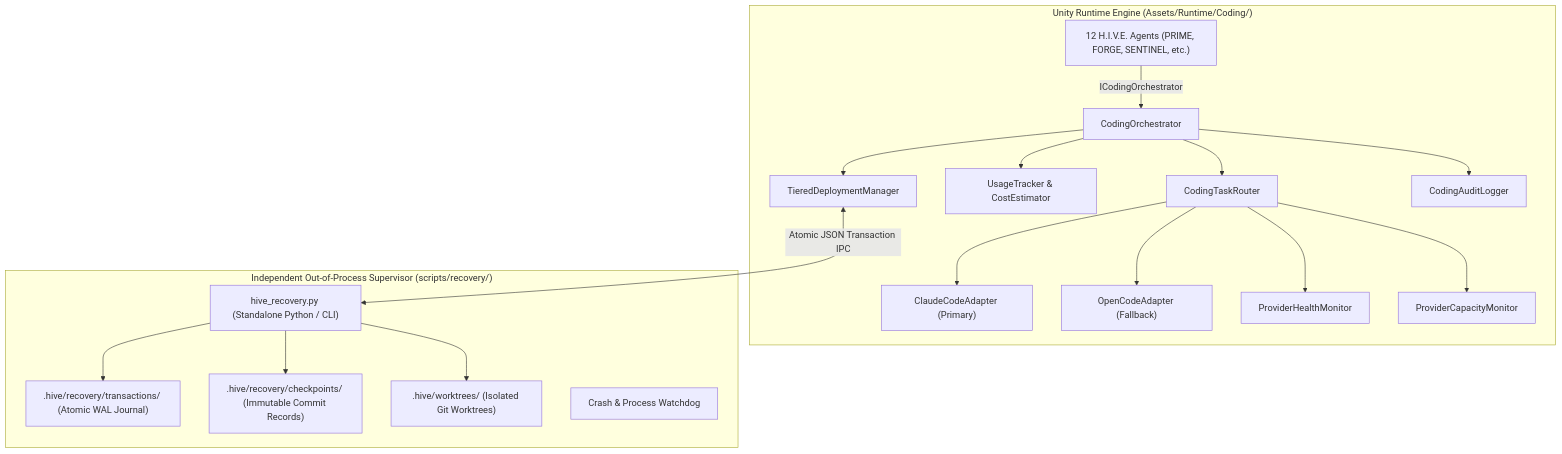
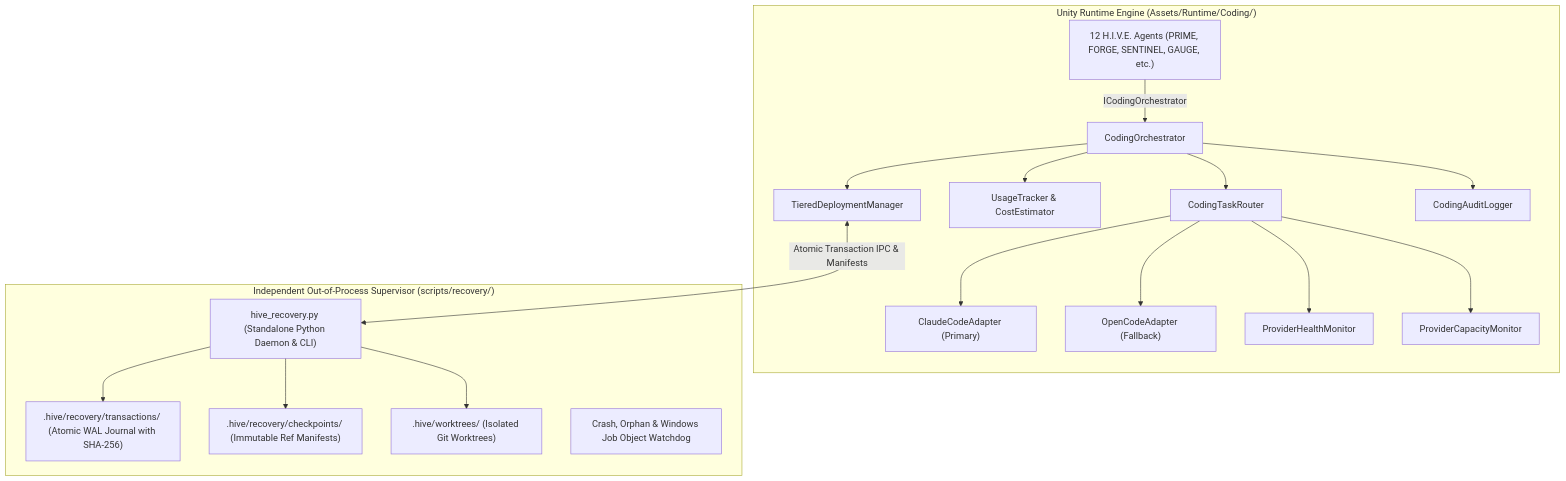
The first of 3 diagrams in docs/superpowers/specs/2026-10-31-claude-opencode-coding-orchestrator-design.md (Snapwave333/HIVE), drawn with Mermaid before and after one commit. The commit also changed other lines of this file, not shown here.

````diff
--- a/docs/superpowers/specs/2026-10-31-claude-opencode-coding-orchestrator-design.md
+++ b/docs/superpowers/specs/2026-10-31-claude-opencode-coding-orchestrator-design.md
@@ -23,27 +25,27 @@
 ```mermaid
 flowchart TD
     subgraph UnityRuntimePlane ["Unity Runtime Engine (Assets/Runtime/Coding/)"]
-        Agents["12 H.I.V.E. Agents (PRIME, FORGE, SENTINEL, etc.)"] -->|ICodingOrchestrator| Orchestrator["CodingOrchestrator"]
+        Agents["12 H.I.V.E. Agents (PRIME, FORGE, SENTINEL, GAUGE, etc.)"] -->|ICodingOrchestrator| Orchestrator["CodingOrchestrator"]
         Orchestrator --> Router["CodingTaskRouter"]
         Router --> Claude["ClaudeCodeAdapter (Primary)"]
         Router --> OpenCode["OpenCodeAdapter (Fallback)"]
         Router --> HealthMon["ProviderHealthMonitor"]
         Router --> CapMon["ProviderCapacityMonitor"]
         Orchestrator --> Usage["UsageTracker & CostEstimator"]
         Orchestrator --> DeployMgr["TieredDeploymentManager"]
         Orchestrator --> Audit["CodingAuditLogger"]
     end
 
     subgraph ExternalRecoveryPlane ["Independent Out-of-Process Supervisor (scripts/recovery/)"]
-        Supervisor["hive_recovery.py (Standalone Python / CLI)"]
-        TxStore[".hive/recovery/transactions/ (Atomic WAL Journal)"]
-        Checkpoints[".hive/recovery/checkpoints/ (Immutable Commit Records)"]
+        Supervisor["hive_recovery.py (Standalone Python Daemon & CLI)"]
+        TxStore[".hive/recovery/transactions/ (Atomic WAL Journal with SHA-256)"]
+        Checkpoints[".hive/recovery/checkpoints/ (Immutable Ref Manifests)"]
         Worktrees[".hive/worktrees/ (Isolated Git Worktrees)"]
-        Watchdog["Crash & Process Watchdog"]
+        Watchdog["Crash, Orphan & Windows Job Object Watchdog"]
     end
 
-    DeployMgr <-->|Atomic JSON Transaction IPC| Supervisor
+    DeployMgr <-->|Atomic Transaction IPC & Manifests| Supervisor
     Supervisor --> Worktrees
     Supervisor --> TxStore
     Supervisor --> Checkpoints
 ```
````
